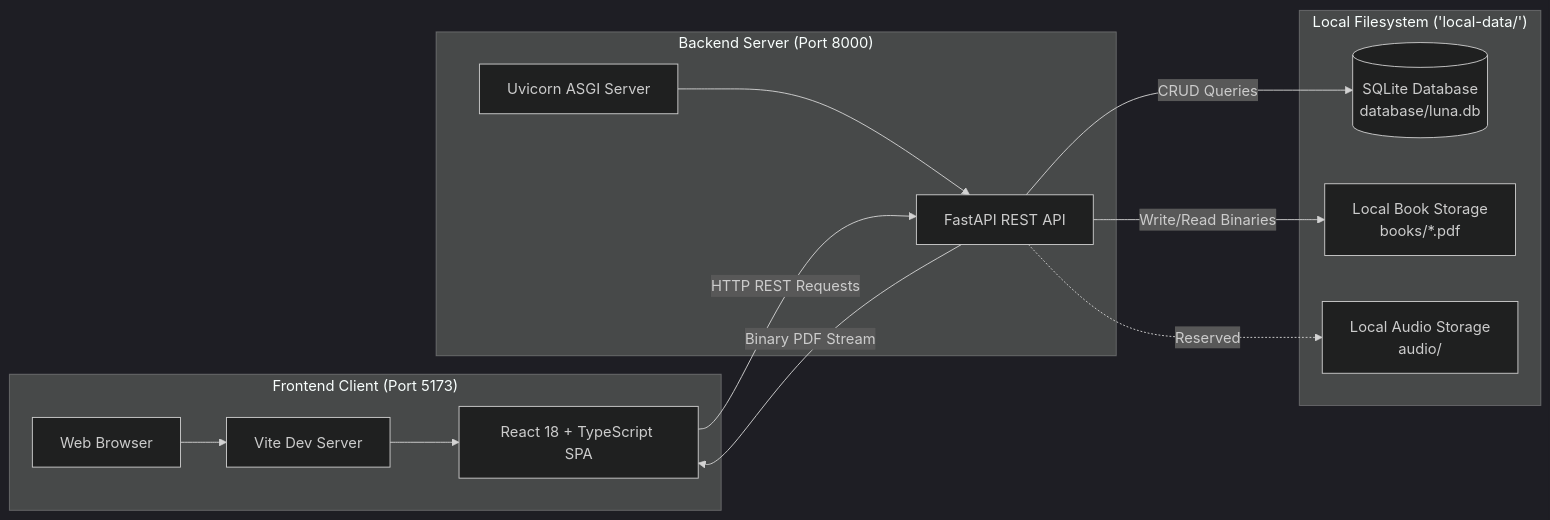
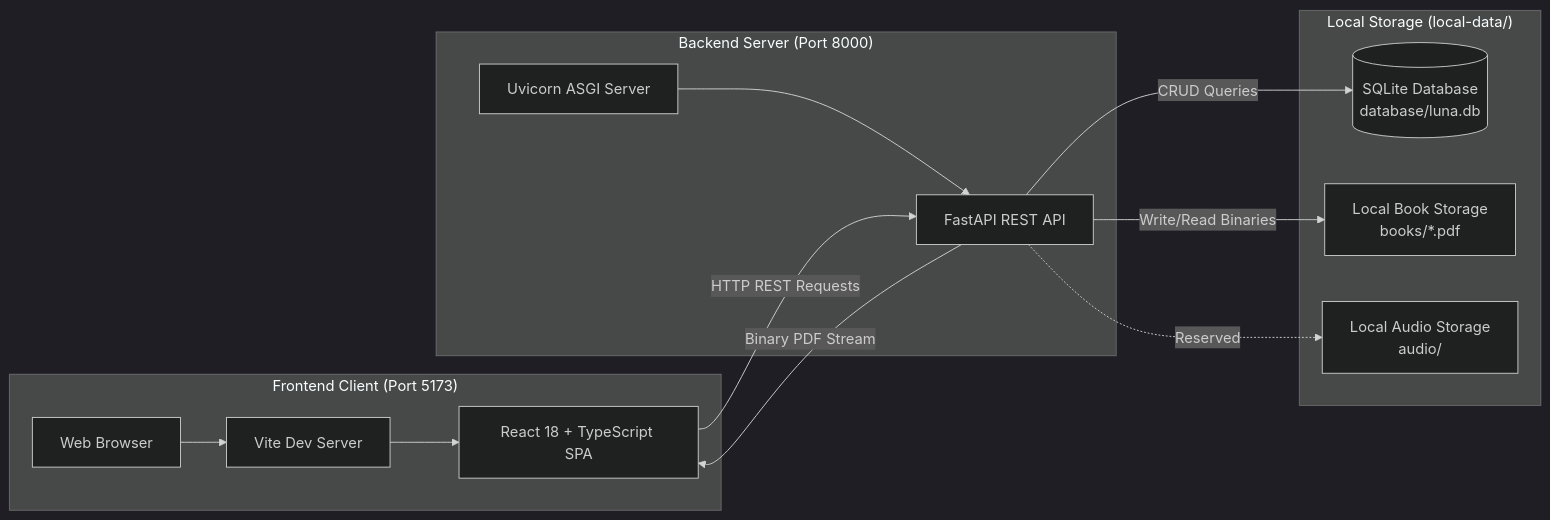
Before and after one commit to mdxsuhail/luna: the first of 3 diagrams in docs/learning-guide/01-architecture-and-data-flow.md, drawn with Mermaid (dark theme). The commit also changed 14 other files, not shown here.

````diff
--- a/docs/learning-guide/01-architecture-and-data-flow.md
+++ b/docs/learning-guide/01-architecture-and-data-flow.md
@@ -41,28 +41,28 @@
 ```mermaid
 graph LR
     subgraph Client ["Frontend Client (Port 5173)"]
         Browser[Web Browser]
         ViteDev[Vite Dev Server]
         ReactApp[React 18 + TypeScript SPA]
         Browser --> ViteDev
         ViteDev --> ReactApp
     end
 
     subgraph Server ["Backend Server (Port 8000)"]
         Uvicorn[Uvicorn ASGI Server]
         FastAPIApp[FastAPI REST API]
         Uvicorn --> FastAPIApp
     end
 
-    subgraph Storage ["Local Filesystem ('local-data/')"]
+    subgraph LocalStorage["Local Storage (local-data/)"]
         SQLiteDB[(SQLite Database<br/>database/luna.db)]
         PDFDir[Local Book Storage<br/>books/*.pdf]
         AudioDir[Local Audio Storage<br/>audio/]
     end
 
     ReactApp -->|HTTP REST Requests| FastAPIApp
     FastAPIApp -->|Binary PDF Stream| ReactApp
     FastAPIApp -->|CRUD Queries| SQLiteDB
     FastAPIApp -->|Write/Read Binaries| PDFDir
     FastAPIApp -.->|Reserved| AudioDir
 ```
````
